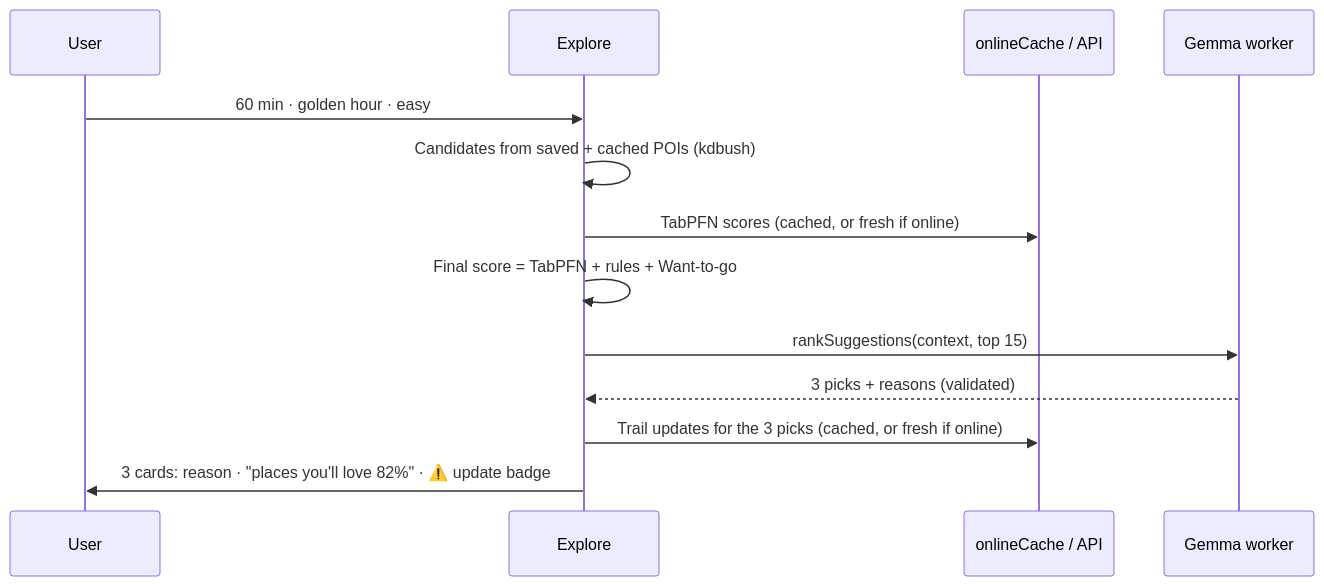
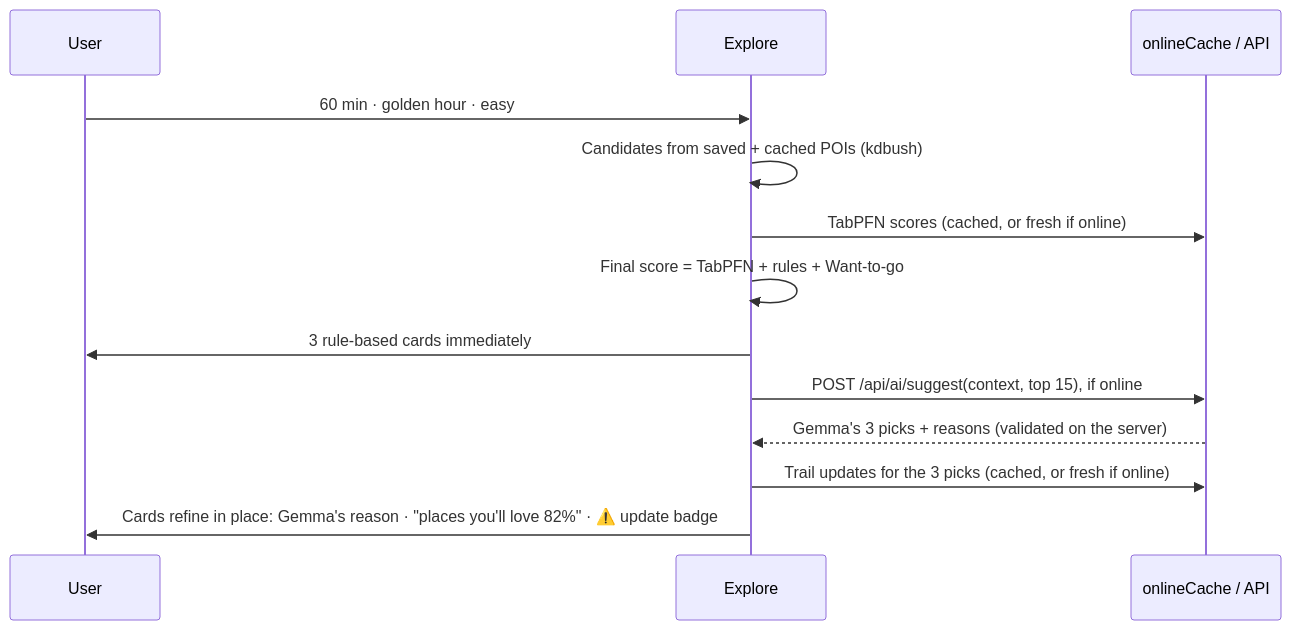
One commit to harshitaphadtare/Ramble changed the seventh of 9 diagrams in docs/ARCHITECTURE.md. Above: the diagram before and after it, drawn with Mermaid. The commit also changed other lines of this file and 21 other files, not shown here.

````diff
--- a/docs/ARCHITECTURE.md
+++ b/docs/ARCHITECTURE.md
@@ -615,15 +621,15 @@
 ```mermaid
 sequenceDiagram
     participant U as User
     participant E as Explore
     participant C as onlineCache / API
-    participant G as Gemma worker
     U->>E: 60 min · golden hour · easy
     E->>E: Candidates from saved + cached POIs (kdbush)
     E->>C: TabPFN scores (cached, or fresh if online)
     E->>E: Final score = TabPFN + rules + Want-to-go
-    E->>G: rankSuggestions(context, top 15)
-    G-->>E: 3 picks + reasons (validated)
+    E->>U: 3 rule-based cards immediately
+    E->>C: POST /api/ai/suggest(context, top 15), if online
+    C-->>E: Gemma's 3 picks + reasons (validated on the server)
     E->>C: Trail updates for the 3 picks (cached, or fresh if online)
-    E->>U: 3 cards: reason · "places you'll love 82%" · ⚠️ update badge
+    E->>U: Cards refine in place: Gemma's reason · "places you'll love 82%" · ⚠️ update badge
 ```
````
